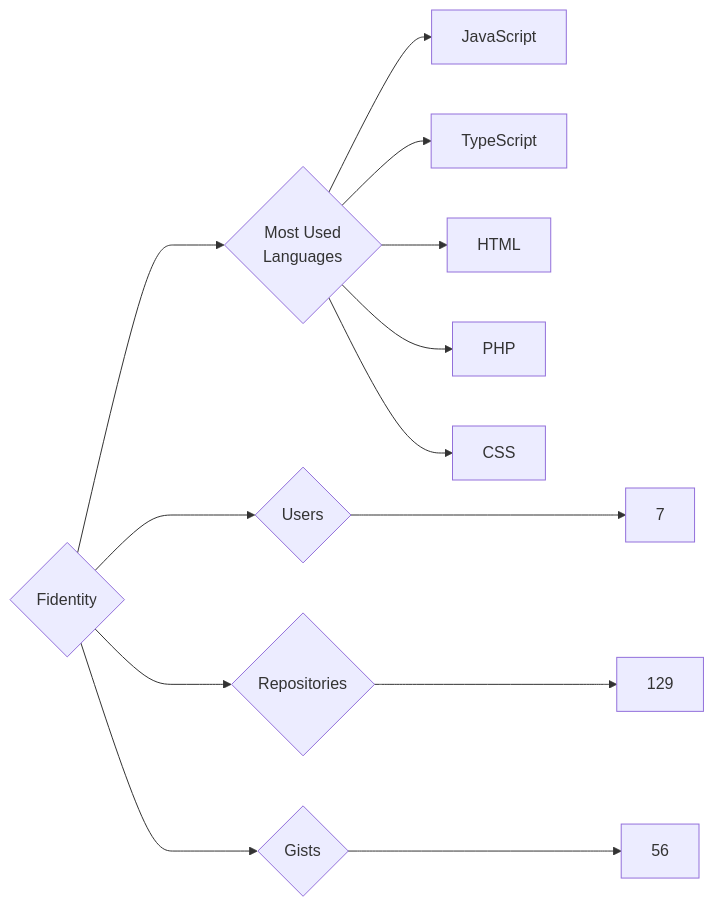
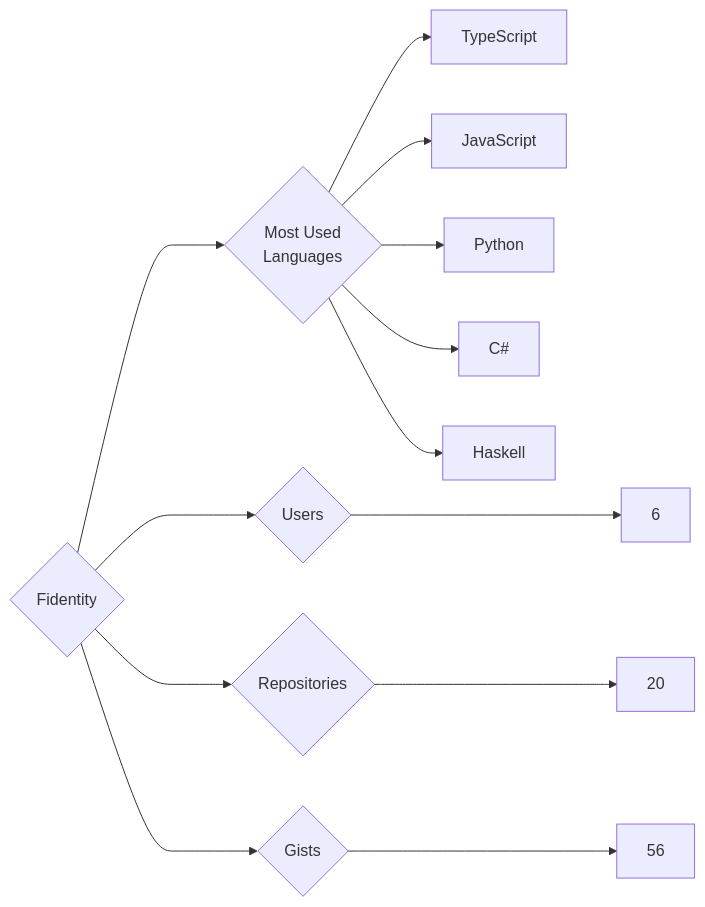
One commit to trickest/insiders changed the diagram in targets/Fidentity/README.md. Above: the diagram before and after it, drawn with Mermaid. The commit also changed 1020 other files, not shown here.

````diff
--- a/targets/Fidentity/README.md
+++ b/targets/Fidentity/README.md
@@ -3,13 +3,13 @@
 ```mermaid
 graph LR
 COMPANY_NAME{Fidentity}
-COMPANY_NAME ---> U{Users} ---> UN[7]
-COMPANY_NAME ---> R{Repositories} ---> RN[129]
+COMPANY_NAME ---> U{Users} ---> UN[6]
+COMPANY_NAME ---> R{Repositories} ---> RN[20]
 COMPANY_NAME ---> G{Gists} ---> GN[56]
 COMPANY_NAME ---> ML{Most Used<br>Languages}
+ML --> TypeScript[TypeScript]
 ML --> JavaScript[JavaScript]
-ML --> TypeScript[TypeScript]
-ML --> HTML[HTML]
-ML --> PHP[PHP]
-ML --> CSS[CSS]
+ML --> Python[Python]
+ML --> C#[C#]
+ML --> Haskell[Haskell]
 ```
````
